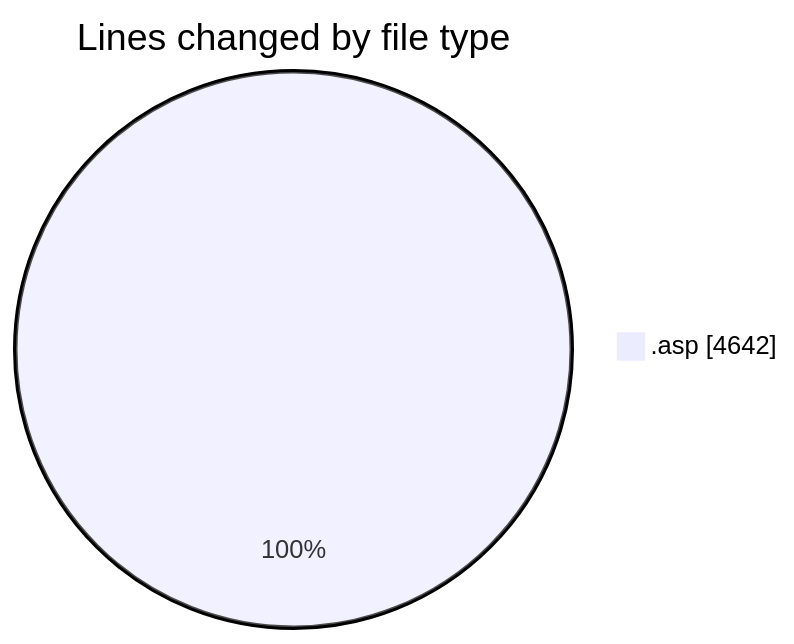
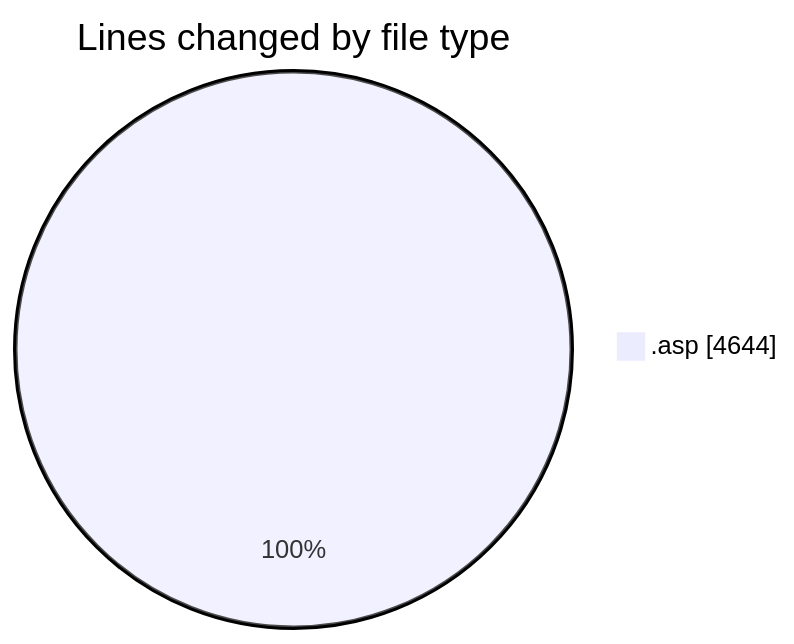
Before and after one commit to julien-gomy/code-tracking: the first of 2 diagrams in 2025-10-17/cdp_aleoudev_fr__workspace_/README.md, drawn with Mermaid. The commit also changed other lines of this file and 1 other file, not shown here.

````diff
--- a/2025-10-17/cdp_aleoudev_fr__workspace_/README.md
+++ b/2025-10-17/cdp_aleoudev_fr__workspace_/README.md
@@ -24,5 +24,5 @@
 ```mermaid
 pie showData
 title Lines changed by file type
-".asp" : 4642
+".asp" : 4644
 ```
````
